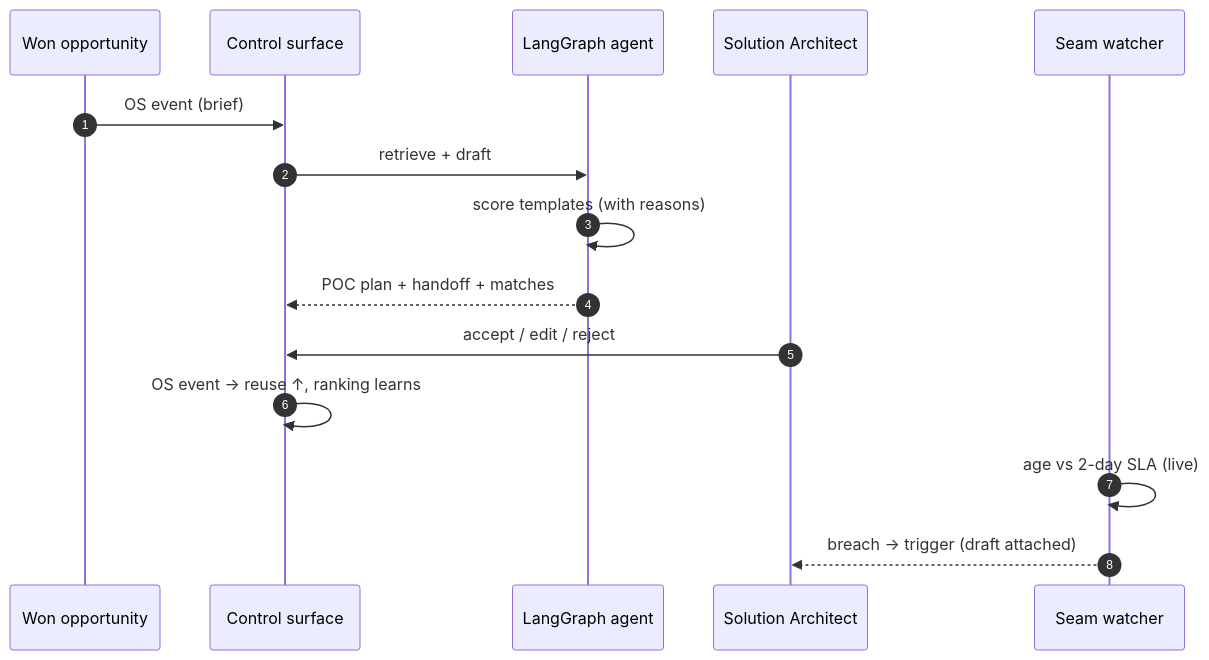
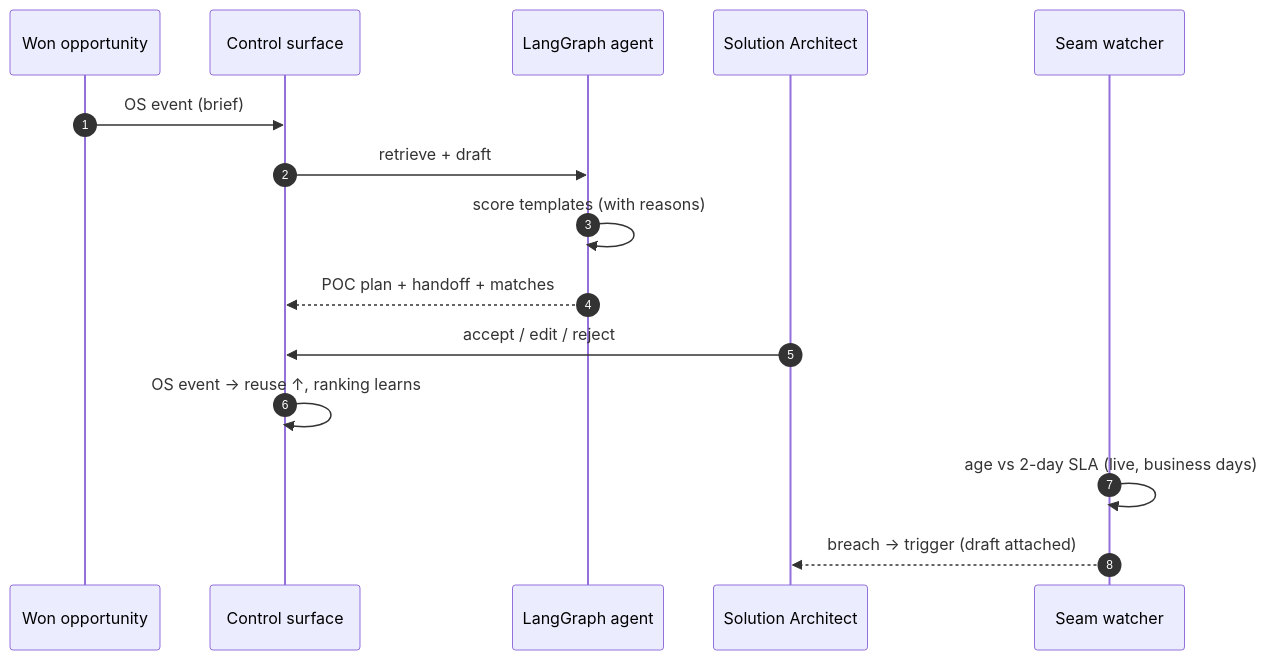
One commit to anupsahoo/revenueos changed the second of 3 diagrams in README.md. Above: the diagram before and after it, drawn with Mermaid. The commit also changed other lines of this file and 18 other files, not shown here.

````diff
--- a/README.md
+++ b/README.md
@@ -87,17 +101,17 @@
 ```mermaid
 sequenceDiagram
   autonumber
   participant CRM as Won opportunity
   participant UI as Control surface
   participant GR as LangGraph agent
   participant SA as Solution Architect
   participant SEAM as Seam watcher
   CRM->>UI: OS event (brief)
   UI->>GR: retrieve + draft
   GR->>GR: score templates (with reasons)
   GR-->>UI: POC plan + handoff + matches
   SA->>UI: accept / edit / reject
   UI->>UI: OS event → reuse ↑, ranking learns
-  SEAM->>SEAM: age vs 2-day SLA (live)
+  SEAM->>SEAM: age vs 2-day SLA (live, business days)
   SEAM-->>SA: breach → trigger (draft attached)
 ```
````
